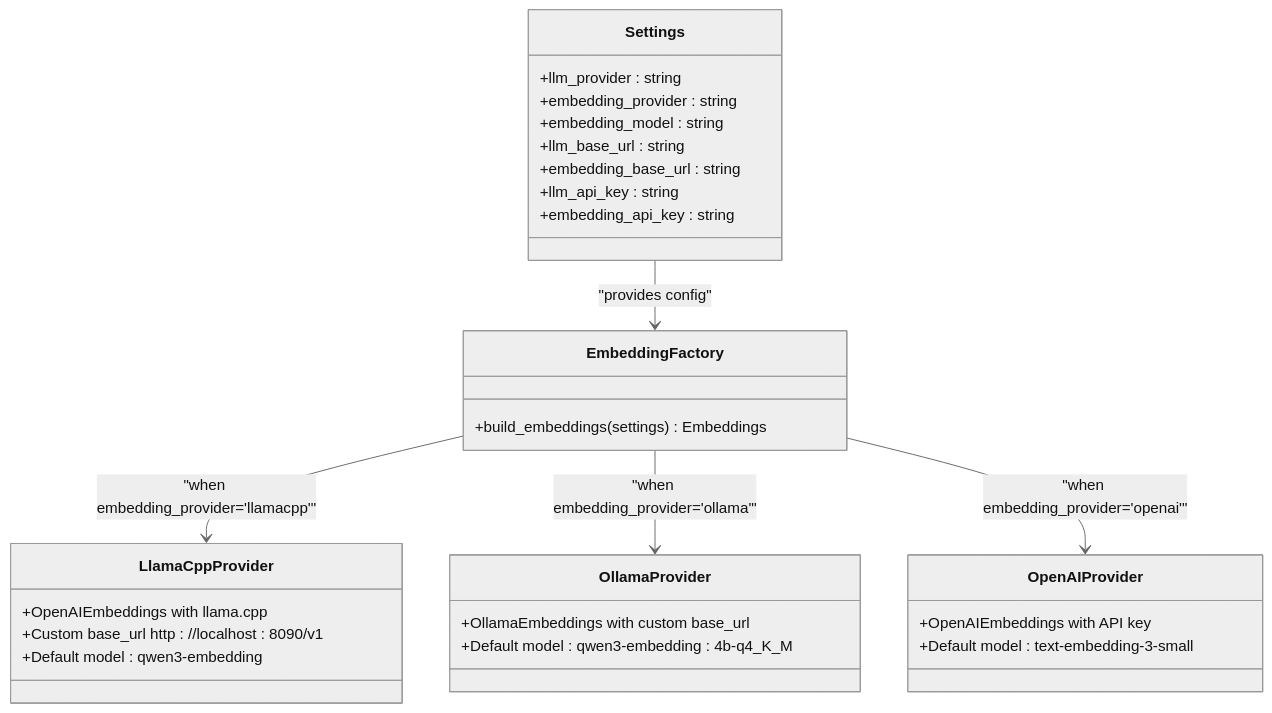
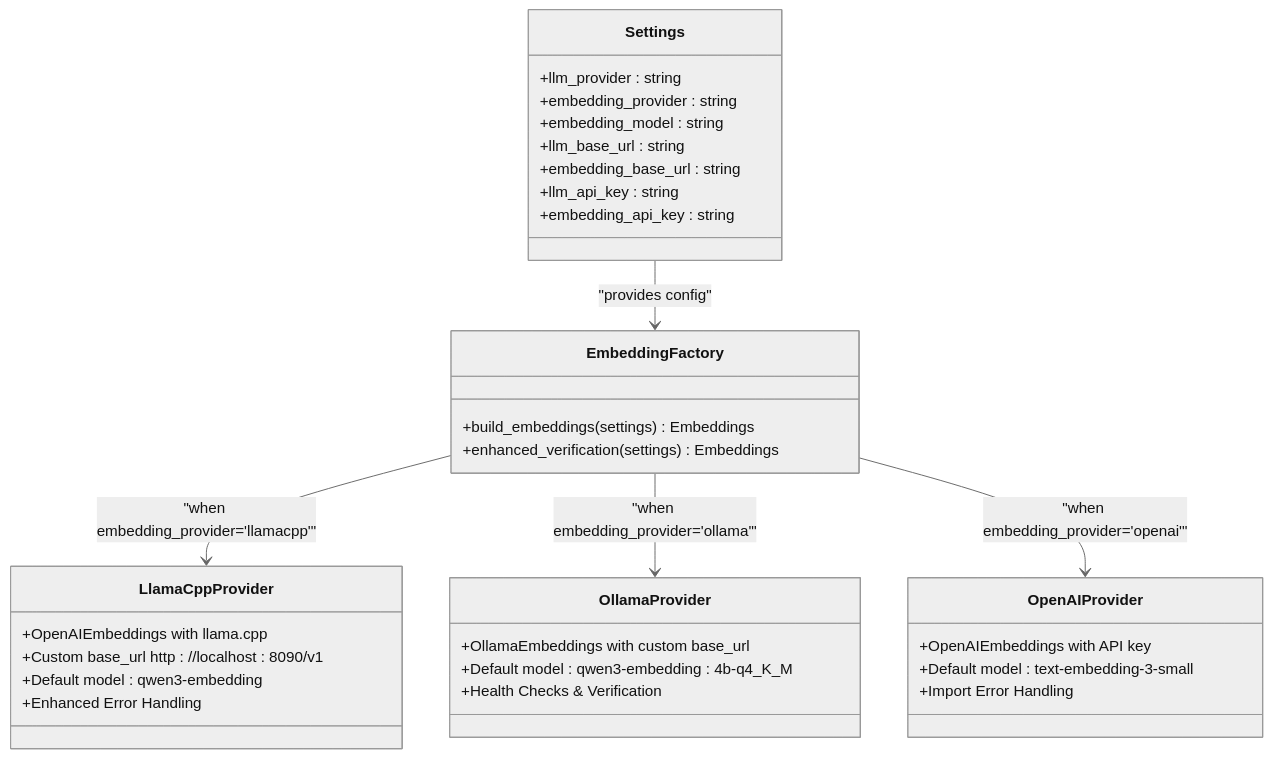
Before and after one commit to ognelis/cafetera_hr_bot: the tenth of 13 diagrams in .qoder/repowiki/en/content/Deployment and Operations.md, drawn with Mermaid (neutral theme). The commit also changed other lines of this file and 11 other files, not shown here.

````diff
--- a/.qoder/repowiki/en/content/Deployment and Operations.md
+++ b/.qoder/repowiki/en/content/Deployment and Operations.md
@@ -387,32 +462,36 @@
 ```mermaid
 classDiagram
 class Settings {
 +llm_provider : string
 +embedding_provider : string
 +embedding_model : string
 +llm_base_url : string
 +embedding_base_url : string
 +llm_api_key : string
 +embedding_api_key : string
 }
 class EmbeddingFactory {
 +build_embeddings(settings) Embeddings
++enhanced_verification(settings) Embeddings
 }
 class LlamaCppProvider {
 +OpenAIEmbeddings with llama.cpp
 +Custom base_url http : //localhost : 8090/v1
 +Default model : qwen3-embedding
++Enhanced Error Handling
 }
 class OllamaProvider {
 +OllamaEmbeddings with custom base_url
 +Default model : qwen3-embedding : 4b-q4_K_M
++Health Checks & Verification
 }
 class OpenAIProvider {
 +OpenAIEmbeddings with API key
 +Default model : text-embedding-3-small
++Import Error Handling
 }
 Settings --> EmbeddingFactory : "provides config"
 EmbeddingFactory --> LlamaCppProvider : "when embedding_provider='llamacpp'"
 EmbeddingFactory --> OllamaProvider : "when embedding_provider='ollama'"
 EmbeddingFactory --> OpenAIProvider : "when embedding_provider='openai'"
 ```
````
